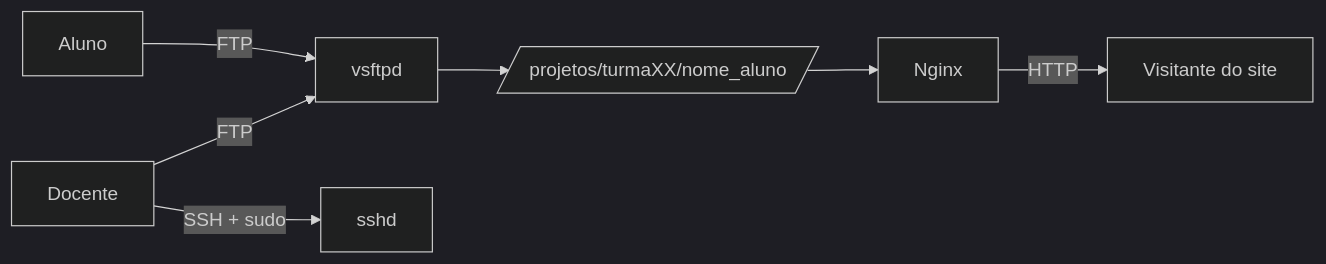
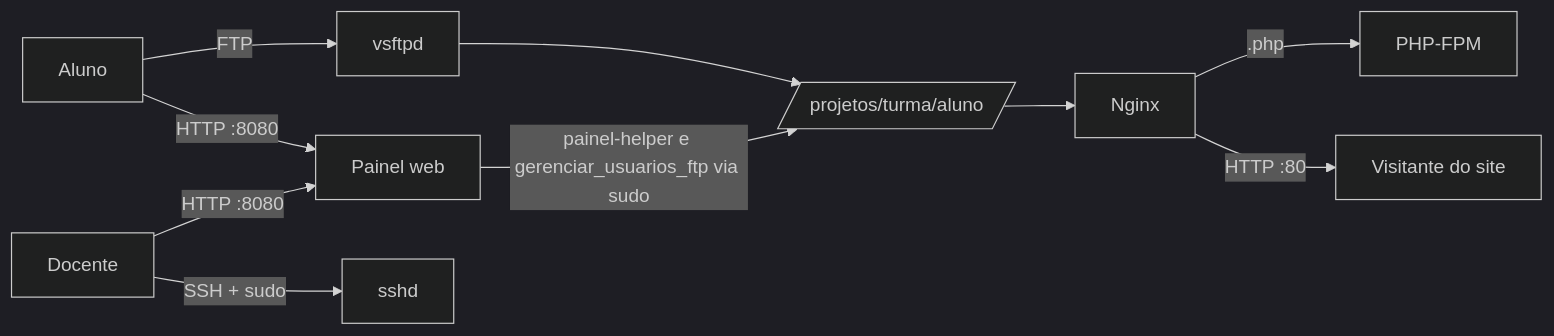
The diagram in README.md (ferpaesdias/VM_Hospedagem_Sites), drawn with Mermaid (dark theme) before and after one commit. The commit also changed other lines of this file and 27 other files, not shown here.

````diff
--- a/README.md
+++ b/README.md
@@ -24,10 +26,12 @@
 ```mermaid
 flowchart LR
     Aluno[Aluno] -->|FTP| VSFTPD[vsftpd]
-    VSFTPD --> DIR[/projetos/turmaXX/nome_aluno/]
+    Aluno -->|HTTP :8080| PAINEL[Painel web]
+    Docente[Docente] -->|HTTP :8080| PAINEL
+    Docente -->|SSH + sudo| SSHD[sshd]
+    VSFTPD --> DIR[/projetos/turma/aluno/]
+    PAINEL -->|painel-helper e gerenciar_usuarios_ftp via sudo| DIR
     DIR --> NGINX[Nginx]
-    NGINX -->|HTTP| Visitante[Visitante do site]
-
-    Docente[Docente] -->|SSH + sudo| SSHD[sshd]
-    Docente -->|FTP| VSFTPD
+    NGINX -->|.php| FPM[PHP-FPM]
+    NGINX -->|HTTP :80| Visitante[Visitante do site]
 ```
````
